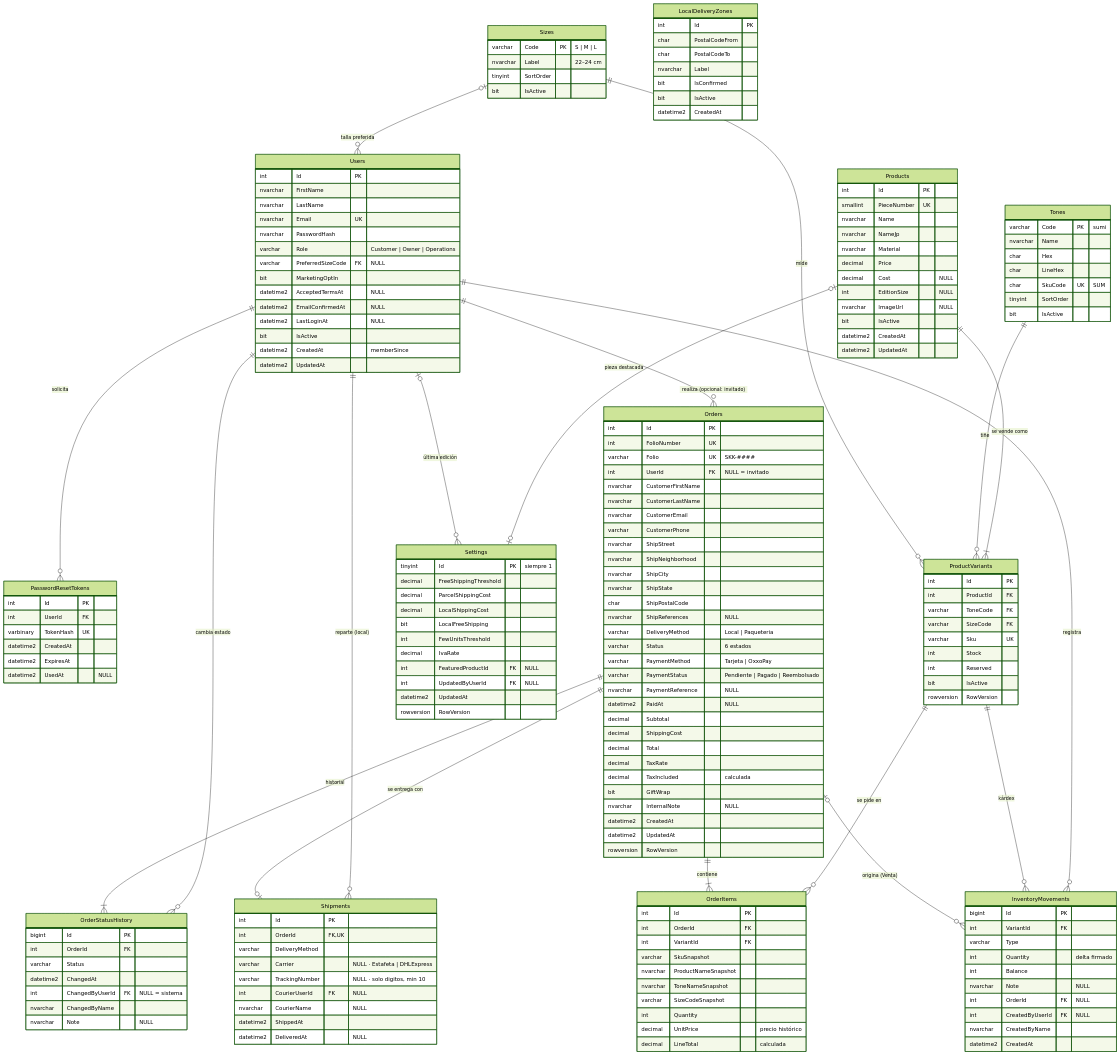
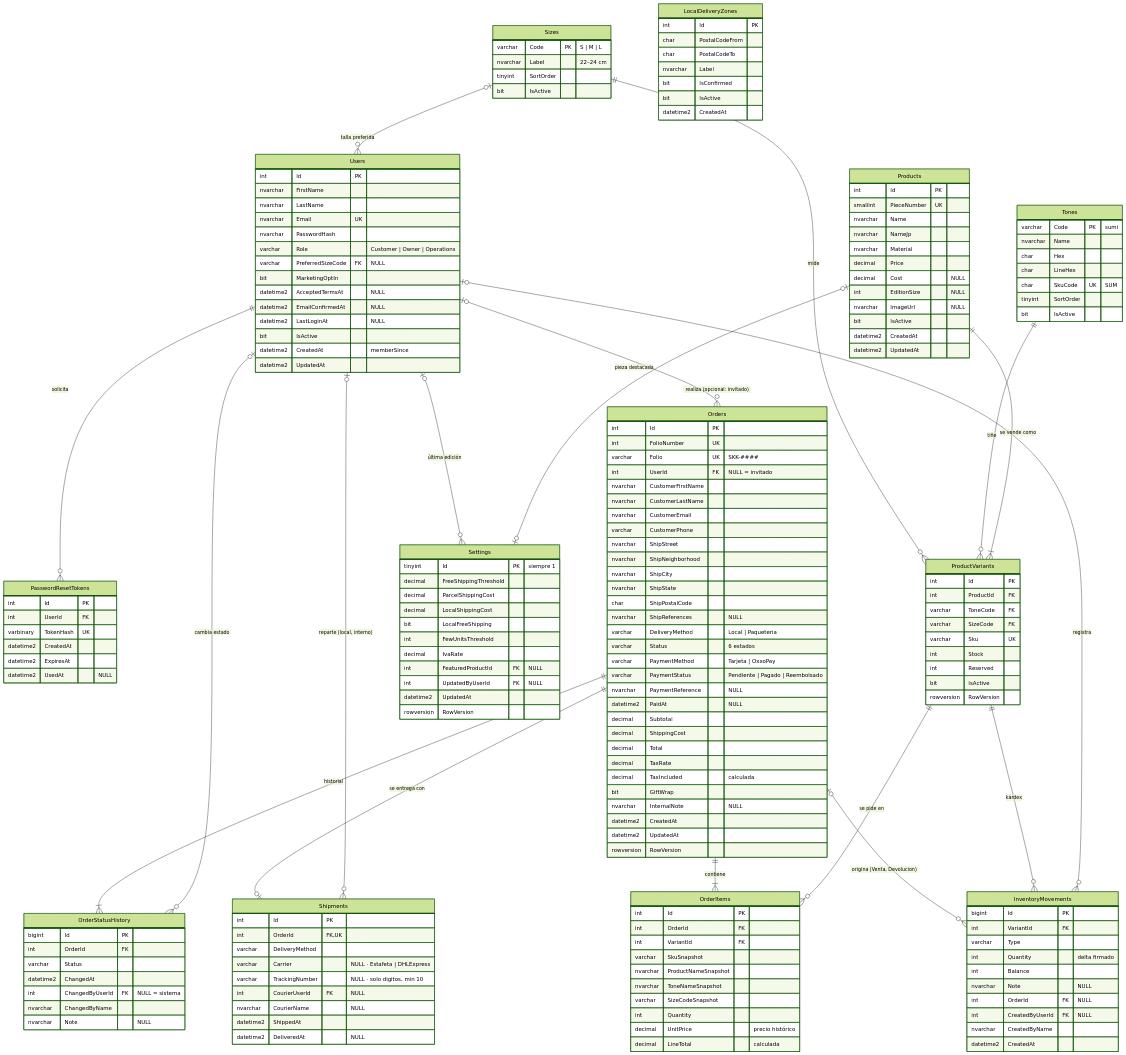
The diagram in docs/design/DESIGN_DB.md (SaidSar/socks-ecommerce-hub), drawn with Mermaid (forest theme) before and after one commit. The commit also changed other lines of this file, not shown here.

````diff
--- a/docs/design/DESIGN_DB.md
+++ b/docs/design/DESIGN_DB.md
@@ -121,10 +125,10 @@
 ```mermaid
 erDiagram
     Users ||--o{ PasswordResetTokens : "solicita"
-    Users ||--o{ Orders : "realiza (opcional: invitado)"
-    Users ||--o{ OrderStatusHistory : "cambia estado"
-    Users ||--o{ InventoryMovements : "registra"
-    Users ||--o{ Shipments : "reparte (local)"
+    Users |o--o{ Orders : "realiza (opcional: invitado)"
+    Users |o--o{ OrderStatusHistory : "cambia estado"
+    Users |o--o{ InventoryMovements : "registra"
+    Users |o--o{ Shipments : "reparte (local, interno)"
     Sizes |o--o{ Users : "talla preferida"
 
     Products ||--|{ ProductVariants : "se vende como"
@@ -136,7 +140,7 @@
     Orders ||--|{ OrderItems : "contiene"
     Orders ||--|{ OrderStatusHistory : "historial"
     Orders ||--o| Shipments : "se entrega con"
-    Orders |o--o{ InventoryMovements : "origina (Venta)"
+    Orders |o--o{ InventoryMovements : "origina (Venta, Devolucion)"
 
     Products |o--o| Settings : "pieza destacada"
     Users |o--o{ Settings : "última edición"
````
